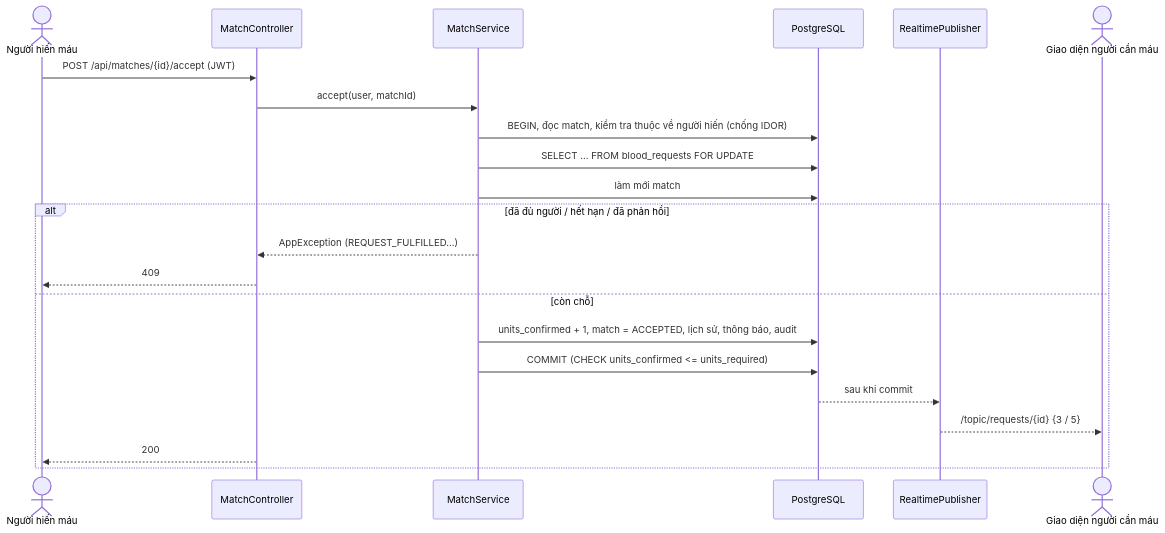
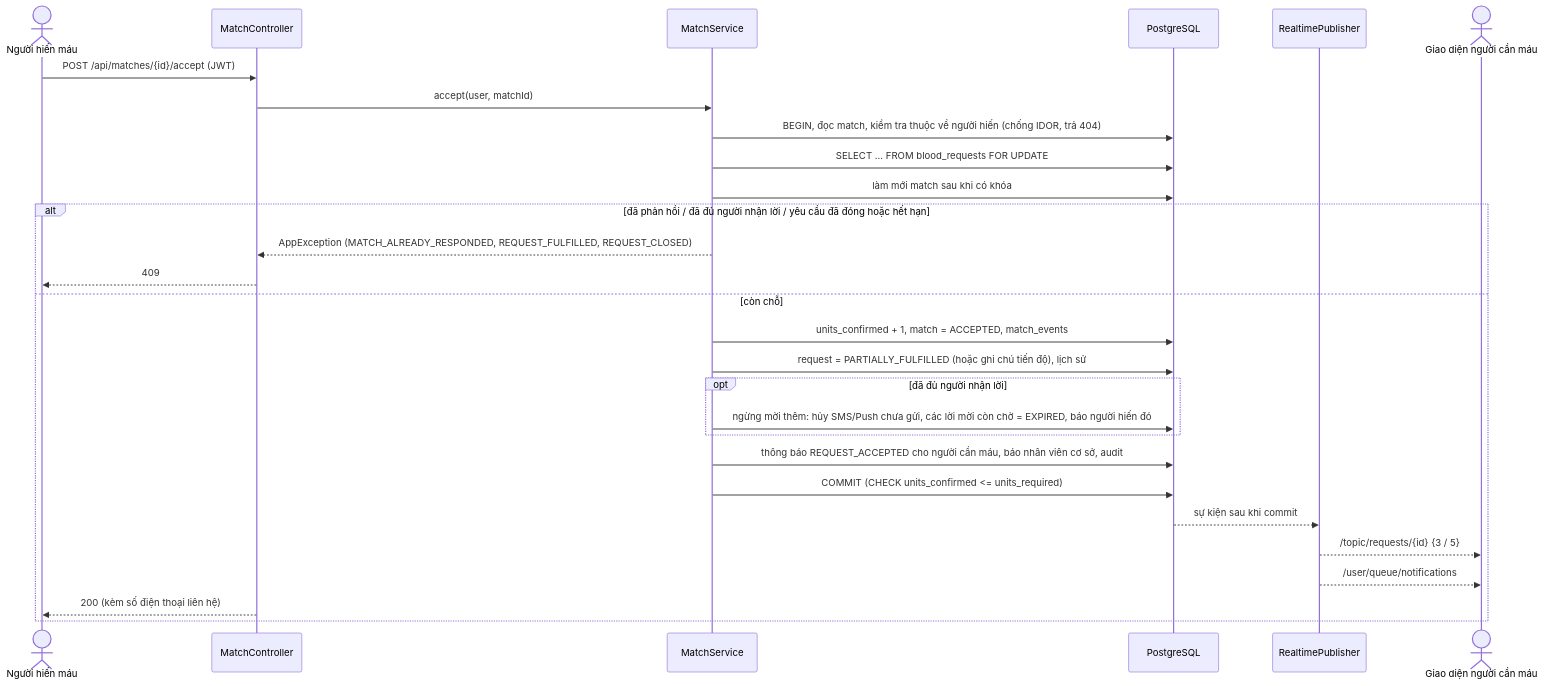
Before and after one commit to nhungoc260/lifely_demo: the ninth of 18 diagrams in docs/ARCHITECTURE.md, drawn with Mermaid. The commit also changed other lines of this file and 14 other files, not shown here.

````diff
--- a/docs/ARCHITECTURE.md
+++ b/docs/ARCHITECTURE.md
@@ -86,24 +491,30 @@
 ```mermaid
 sequenceDiagram
   actor D as Người hiến máu
   participant API as MatchController
   participant MS as MatchService
   participant DB as PostgreSQL
   participant WS as RealtimePublisher
   actor R as Giao diện người cần máu
   D->>API: POST /api/matches/{id}/accept (JWT)
   API->>MS: accept(user, matchId)
-  MS->>DB: BEGIN, đọc match, kiểm tra thuộc về người hiến (chống IDOR)
+  MS->>DB: BEGIN, đọc match, kiểm tra thuộc về người hiến (chống IDOR, trả 404)
   MS->>DB: SELECT ... FROM blood_requests FOR UPDATE
-  MS->>DB: làm mới match
-  alt đã đủ người / hết hạn / đã phản hồi
-    MS-->>API: AppException (REQUEST_FULFILLED...)
+  MS->>DB: làm mới match sau khi có khóa
+  alt đã phản hồi / đã đủ người nhận lời / yêu cầu đã đóng hoặc hết hạn
+    MS-->>API: AppException (MATCH_ALREADY_RESPONDED, REQUEST_FULFILLED, REQUEST_CLOSED)
     API-->>D: 409
   else còn chỗ
-    MS->>DB: units_confirmed + 1, match = ACCEPTED, lịch sử, thông báo, audit
+    MS->>DB: units_confirmed + 1, match = ACCEPTED, match_events
+    MS->>DB: request = PARTIALLY_FULFILLED (hoặc ghi chú tiến độ), lịch sử
+    opt đã đủ người nhận lời
+      MS->>DB: ngừng mời thêm: hủy SMS/Push chưa gửi, các lời mời còn chờ = EXPIRED, báo người hiến đó
+    end
+    MS->>DB: thông báo REQUEST_ACCEPTED cho người cần máu, báo nhân viên cơ sở, audit
     MS->>DB: COMMIT (CHECK units_confirmed <= units_required)
-    DB-->>WS: sau khi commit
+    DB-->>WS: sự kiện sau khi commit
     WS-->>R: /topic/requests/{id} {3 / 5}
-    API-->>D: 200
+    WS-->>R: /user/queue/notifications
+    API-->>D: 200 (kèm số điện thoại liên hệ)
   end
 ```
````
